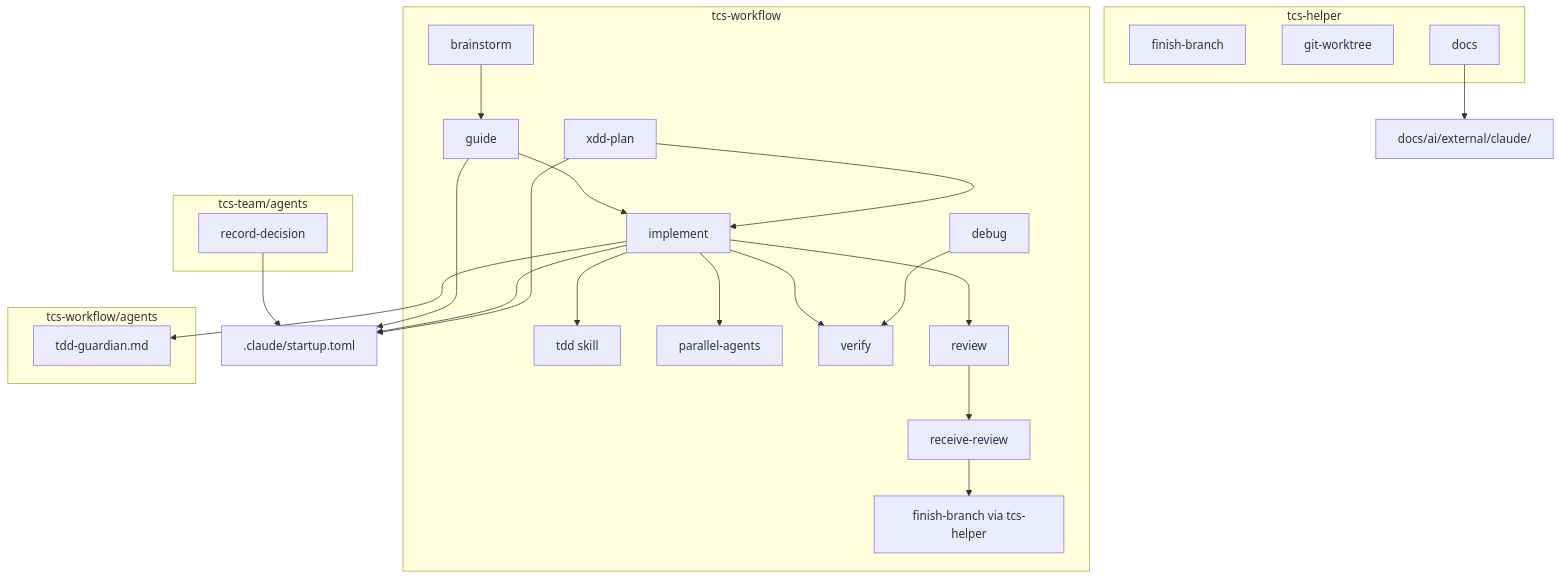
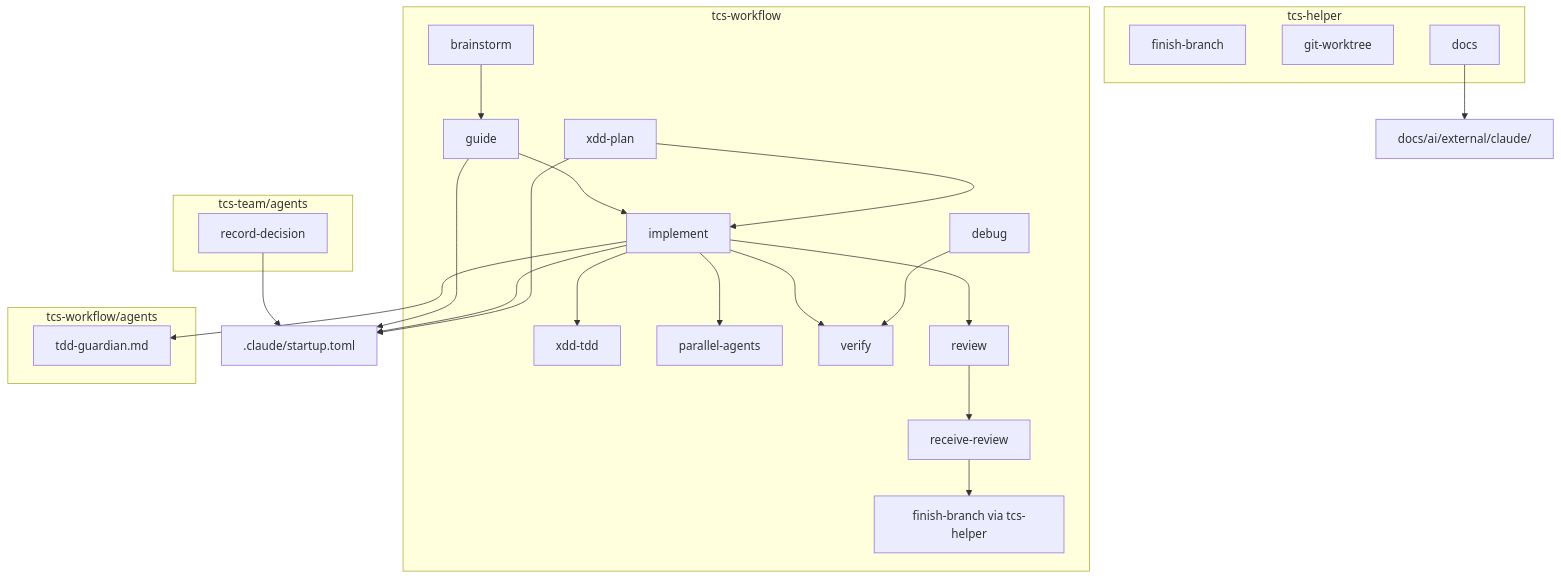
One commit to MMoMM-org/the-custom-startup changed the first of 3 diagrams in docs/XDD/specs/002-core-workflow/solution.md. Above: the diagram before and after it, drawn with Mermaid. The commit also changed other lines of this file and 5 other files, not shown here.

````diff
--- a/docs/XDD/specs/002-core-workflow/solution.md
+++ b/docs/XDD/specs/002-core-workflow/solution.md
@@ -136,36 +136,36 @@
 ```mermaid
 graph TB
     subgraph tcs-workflow
         G[guide] --> I[implement]
         B[brainstorm] --> G
         SP[xdd-plan] --> I
-        I --> TDD[tdd skill]
+        I --> TDD[xdd-tdd]
         I --> PR[parallel-agents]
         I --> VR[verify]
         I --> RV[review]
         RV --> RR[receive-review]
         RR --> FB[finish-branch via tcs-helper]
         D[debug] --> VR
     end
 
     subgraph tcs-workflow/agents
         TG[tdd-guardian.md]
     end
 
     subgraph tcs-helper
         FB2[finish-branch]
         GW[git-worktree]
         DC[docs]
     end
 
     subgraph tcs-team/agents
         RD[record-decision]
     end
 
     I --> TG
     G --> startup[.claude/startup.toml]
     I --> startup
     SP --> startup
     RD --> startup
     DC --> cache[docs/ai/external/claude/]
 ```
````
